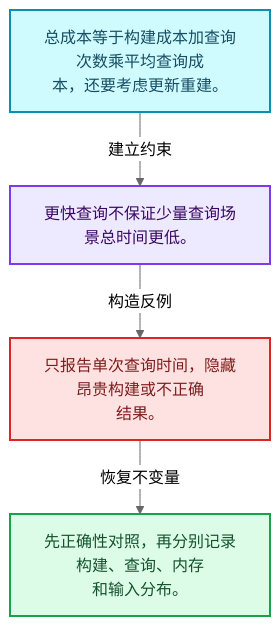
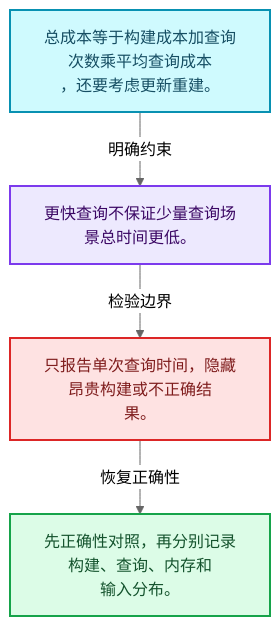
One commit to yunkezengren/blender-.vscode changed the first of 4 diagrams in 杂/markdown/全面学习-codex/12-空间数据结构与几何算法/08-正确性基准与独立实现.md. Above: the diagram before and after it, drawn with Mermaid (neutral theme). The commit also changed other lines of this file and 1930 other files, not shown here.

````diff
--- a/杂/markdown/全面学习-codex/12-空间数据结构与几何算法/08-正确性基准与独立实现.md
+++ b/杂/markdown/全面学习-codex/12-空间数据结构与几何算法/08-正确性基准与独立实现.md
@@ -29,16 +29,16 @@
 ```mermaid
 flowchart TB
-  M["总成本等于构建成本加查询次数乘平均查询成<br/>本，还要考虑更新重建。"]:::data
-  T["更快查询不保证少量查询场景总时间更低。"]:::abstraction
-  X["只报告单次查询时间，隐藏昂贵构建或不正确<br/>结果。"]:::error
-  A["先正确性对照，再分别记录构建、查询、内存<br/>和输入分布。"]:::result
-  M -->|"建立约束"| T
-  T -->|"构造反例"| X
-  X -->|"恢复不变量"| A
+  M["总成本等于构建成本加查询次数乘平均查询成本<br/>，还要考虑更新重建。"]:::data
+  C["更快查询不保证少量查询场景总时间更低。"]:::abstraction
+  B["只报告单次查询时间，隐藏昂贵构建或不正确结<br/>果。"]:::error
+  R["先正确性对照，再分别记录构建、查询、内存和<br/>输入分布。"]:::result
+  M -->|"明确约束"| C
+  C -->|"检验边界"| B
+  B -->|"恢复正确性"| R
   classDef input fill:#DBEAFE,stroke:#2563EB,color:#172554,stroke-width:2px;
   classDef data fill:#CFFAFE,stroke:#0891B2,color:#164E63,stroke-width:2px;
   classDef abstraction fill:#EDE9FE,stroke:#7C3AED,color:#3B0764,stroke-width:2px;
   classDef compute fill:#FEF3C7,stroke:#D97706,color:#78350F,stroke-width:2px;
   classDef result fill:#DCFCE7,stroke:#16A34A,color:#14532D,stroke-width:2px;
   classDef error fill:#FEE2E2,stroke:#DC2626,color:#7F1D1D,stroke-width:2px;
 ```
````
